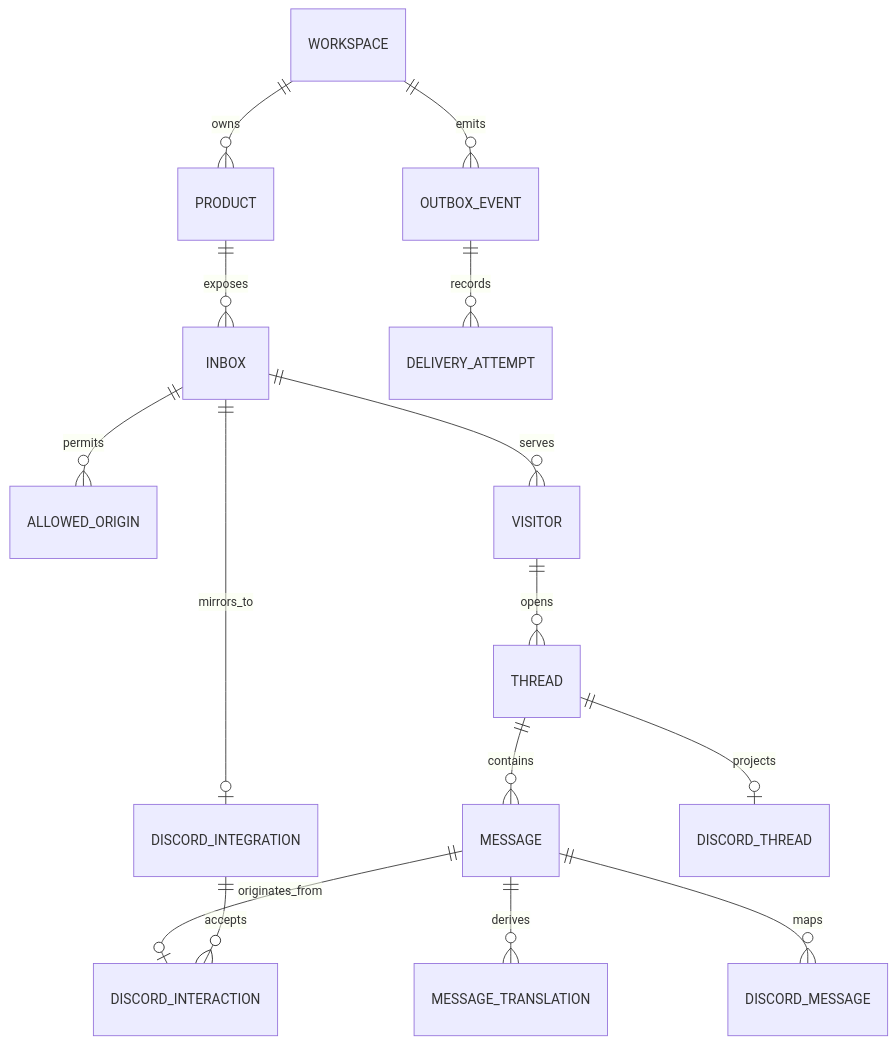
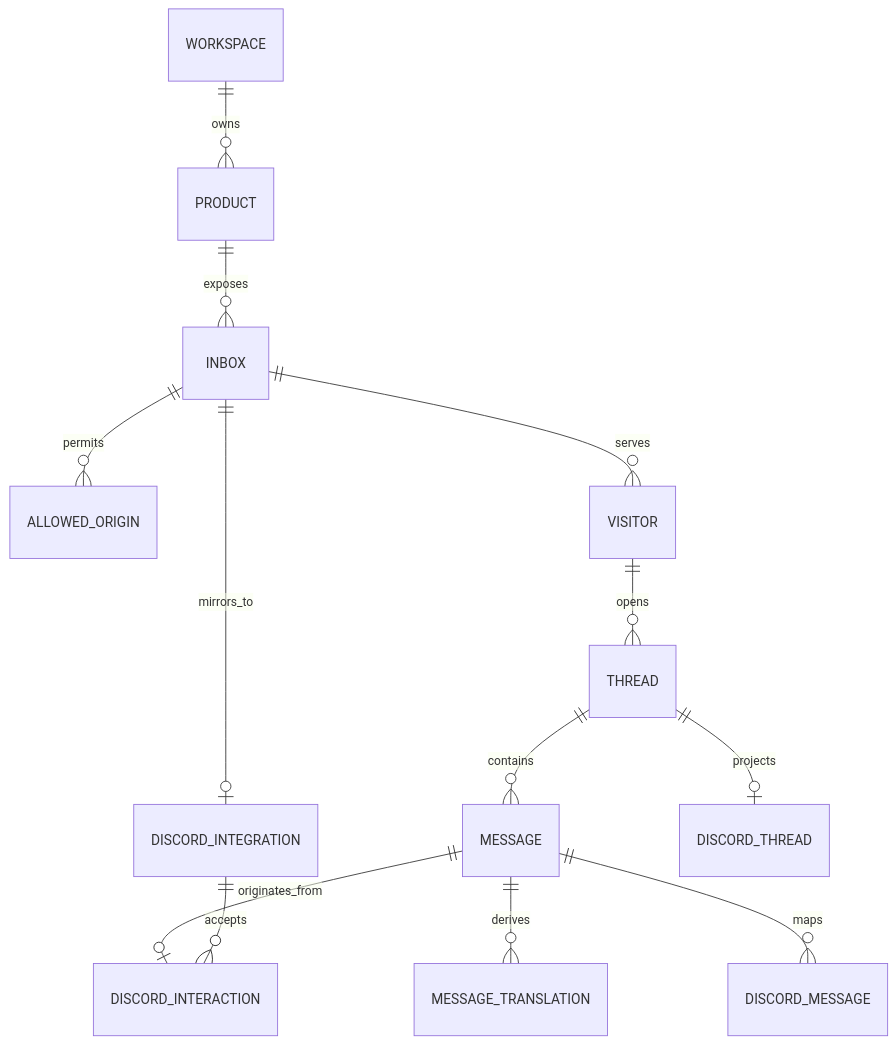
The third of 5 diagrams in docs/architecture/base-v1.md (xanthous-tech/RespondKit), drawn with Mermaid before and after one commit. The commit also changed other lines of this file and 2 other files, not shown here.

Commit message:
docs: adopt Workflow-first message architecture

````diff
--- a/docs/architecture/base-v1.md
+++ b/docs/architecture/base-v1.md
@@ -292,17 +328,15 @@
 ```mermaid
 erDiagram
   WORKSPACE ||--o{ PRODUCT : owns
   PRODUCT ||--o{ INBOX : exposes
   INBOX ||--o{ ALLOWED_ORIGIN : permits
   INBOX ||--o| DISCORD_INTEGRATION : mirrors_to
   INBOX ||--o{ VISITOR : serves
   VISITOR ||--o{ THREAD : opens
   THREAD ||--o{ MESSAGE : contains
   MESSAGE ||--o{ MESSAGE_TRANSLATION : derives
   THREAD ||--o| DISCORD_THREAD : projects
   MESSAGE ||--o{ DISCORD_MESSAGE : maps
   MESSAGE ||--o| DISCORD_INTERACTION : originates_from
   DISCORD_INTEGRATION ||--o{ DISCORD_INTERACTION : accepts
-  WORKSPACE ||--o{ OUTBOX_EVENT : emits
-  OUTBOX_EVENT ||--o{ DELIVERY_ATTEMPT : records
 ```
````
